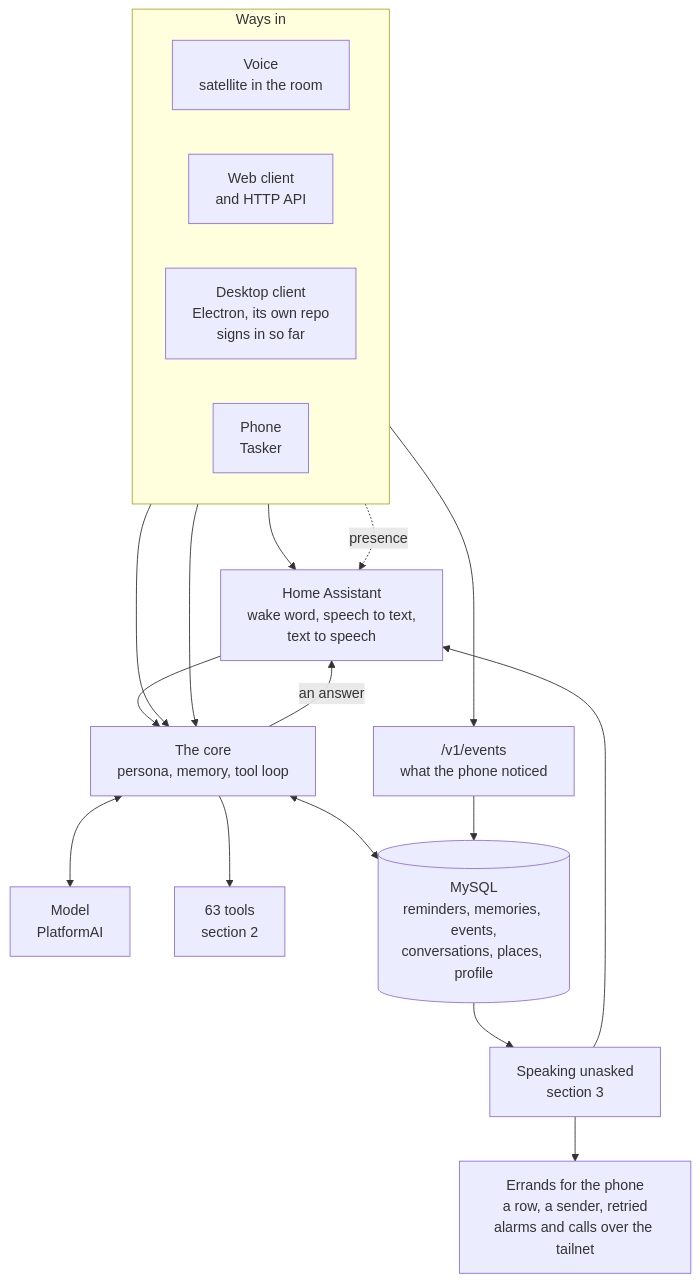
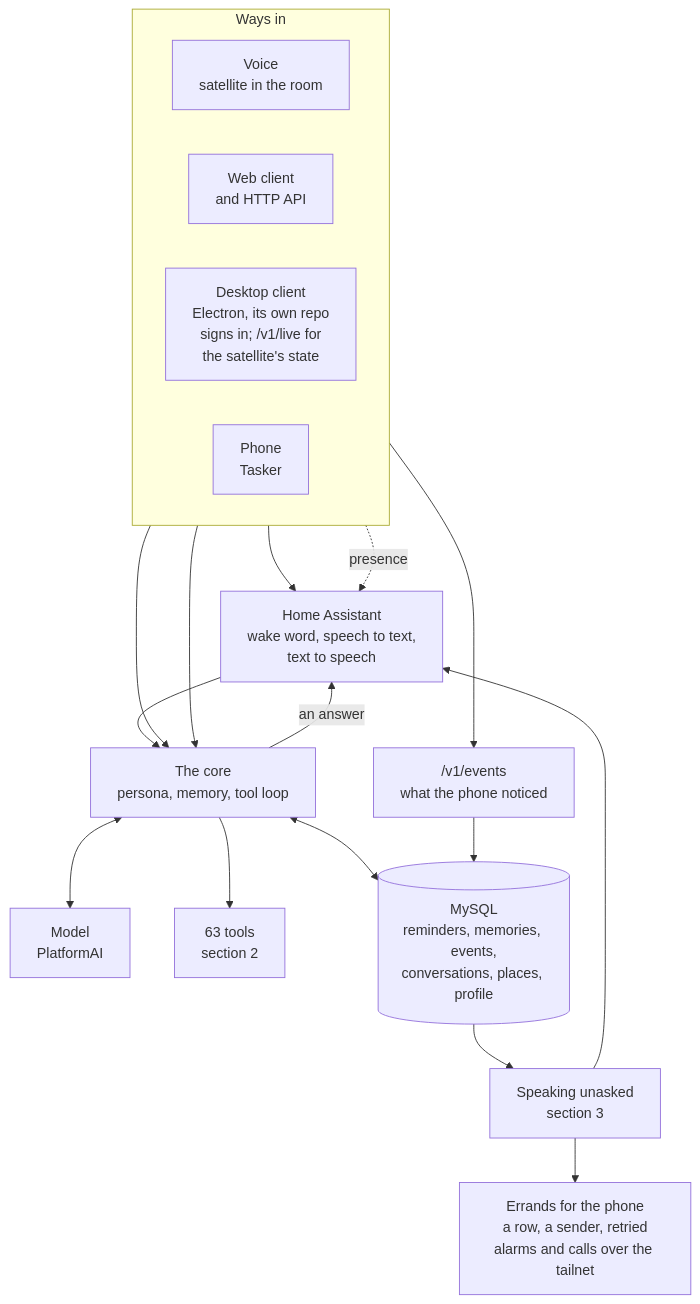
Before and after one commit to DhanushRamesh/personal-assistant: the first of 5 diagrams in FEATURES.md, drawn with Mermaid. The commit also changed 15 other files, not shown here.

````diff
--- a/FEATURES.md
+++ b/FEATURES.md
@@ -19,38 +19,38 @@
 ```mermaid
 flowchart TB
     subgraph IN["Ways in"]
         direction LR
         SAT["Voice<br/>satellite in the room"]
         WEB["Web client<br/>and HTTP API"]
-        DESK["Desktop client<br/>Electron, its own repo<br/>signs in so far"]
+        DESK["Desktop client<br/>Electron, its own repo<br/>signs in; /v1/live for<br/>the satellite's state"]
         PHONE["Phone<br/>Tasker"]
     end
 
     HA["Home Assistant<br/>wake word, speech to text,<br/>text to speech"]
     EVENTS["/v1/events<br/>what the phone noticed"]
 
     SAT --> HA
     PHONE --> EVENTS
     PHONE -. "presence" .-> HA
     HA --> CORE
     WEB --> CORE
     DESK --> CORE
 
     CORE["The core<br/>persona, memory, tool loop"]
     MODEL["Model<br/>PlatformAI"]
     TOOLS["63 tools<br/>section 2"]
     DB[("MySQL<br/>reminders, memories, events,<br/>conversations, places, profile")]
 
     CORE <--> MODEL
     CORE --> TOOLS
     CORE <--> DB
     EVENTS --> DB
     CORE -- "an answer" --> HA
 
     UNASKED["Speaking unasked<br/>section 3"]
     ALARMS["Errands for the phone<br/>a row, a sender, retried<br/>alarms and calls over the tailnet"]
 
     DB --> UNASKED
     UNASKED --> HA
     UNASKED --> ALARMS
 ```
````
